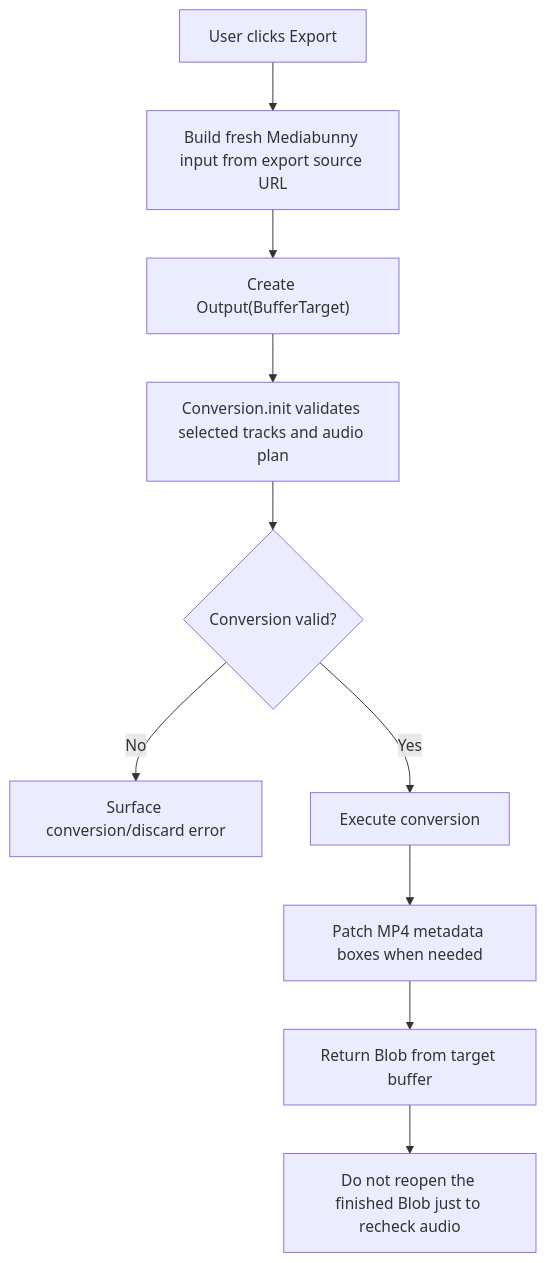
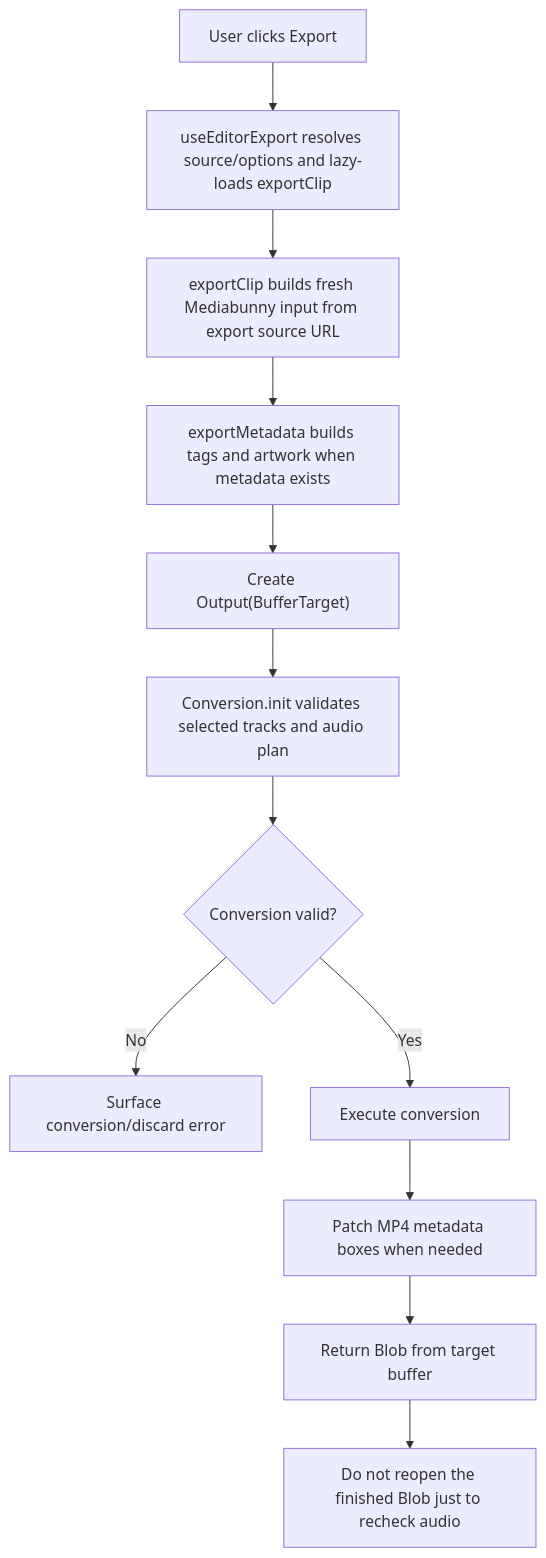
One commit to TechSquidTV/Cliparr changed diagram 11 of 12 in DIAGRAMS.md. Above: the diagram before and after it, drawn with Mermaid. The commit also changed other lines of this file, not shown here.

Commit message:
Update frontend refactor diagrams

````diff
--- a/DIAGRAMS.md
+++ b/DIAGRAMS.md
@@ -205,12 +236,14 @@
 ```mermaid
 flowchart TD
-    A["User clicks Export"] --> B["Build fresh Mediabunny input from export source URL"]
-    B --> C["Create Output(BufferTarget)"]
-    C --> D["Conversion.init validates selected tracks and audio plan"]
-    D --> E{"Conversion valid?"}
-    E -- "No" --> F["Surface conversion/discard error"]
-    E -- "Yes" --> G["Execute conversion"]
-    G --> H["Patch MP4 metadata boxes when needed"]
-    H --> I["Return Blob from target buffer"]
-    I --> J["Do not reopen the finished Blob just to recheck audio"]
+    A["User clicks Export"] --> B["useEditorExport resolves source/options and lazy-loads exportClip"]
+    B --> C["exportClip builds fresh Mediabunny input from export source URL"]
+    C --> D["exportMetadata builds tags and artwork when metadata exists"]
+    D --> E["Create Output(BufferTarget)"]
+    E --> F["Conversion.init validates selected tracks and audio plan"]
+    F --> G{"Conversion valid?"}
+    G -- "No" --> H["Surface conversion/discard error"]
+    G -- "Yes" --> I["Execute conversion"]
+    I --> J["Patch MP4 metadata boxes when needed"]
+    J --> K["Return Blob from target buffer"]
+    K --> L["Do not reopen the finished Blob just to recheck audio"]
 ```
````
